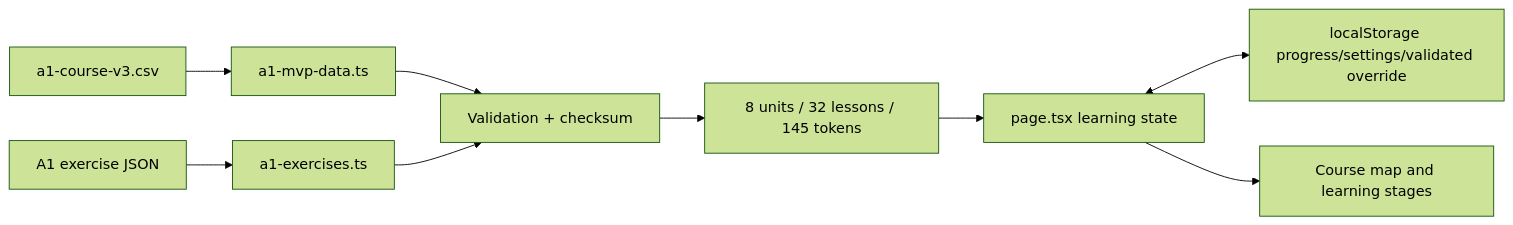
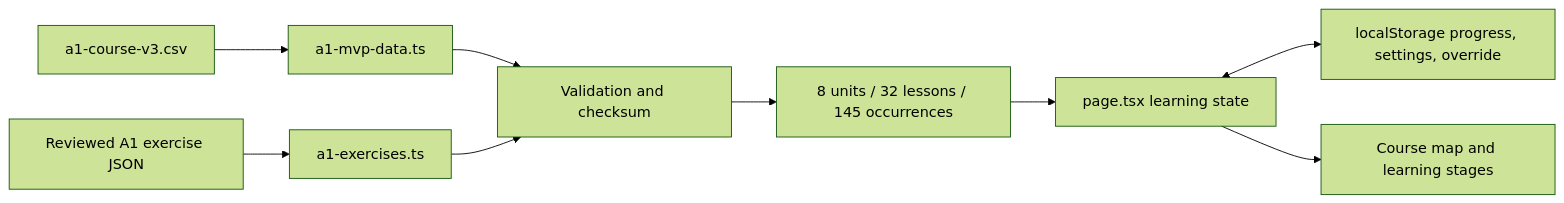
One commit to ej04520yjo4/EnglishWeb changed the first of 2 diagrams in ARCHITECTURE.md. Above: the diagram before and after it, drawn with Mermaid (forest theme). The commit also changed other lines of this file and 12 other files, not shown here.

````diff
--- a/ARCHITECTURE.md
+++ b/ARCHITECTURE.md
@@ -9,11 +9,11 @@
 ```mermaid
 flowchart LR
   CSV["a1-course-v3.csv"] --> Loader["a1-mvp-data.ts"]
-  JSON["A1 exercise JSON"] --> ExerciseLoader["a1-exercises.ts"]
-  Loader --> Validate["Validation + checksum"]
+  JSON["Reviewed A1 exercise JSON"] --> ExerciseLoader["a1-exercises.ts"]
+  Loader --> Validate["Validation and checksum"]
   ExerciseLoader --> Validate
-  Validate --> Units["8 units / 32 lessons / 145 tokens"]
+  Validate --> Units["8 units / 32 lessons / 145 occurrences"]
   Units --> Page["page.tsx learning state"]
-  Page <--> Storage["localStorage progress/settings/validated override"]
+  Page <--> Storage["localStorage progress, settings, override"]
   Page --> UI["Course map and learning stages"]
 ```
````
